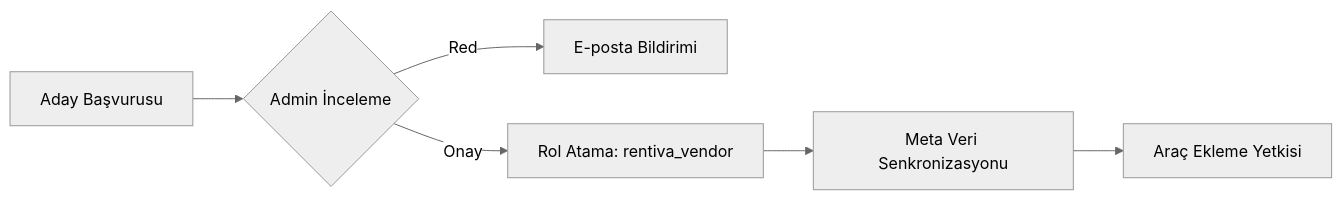
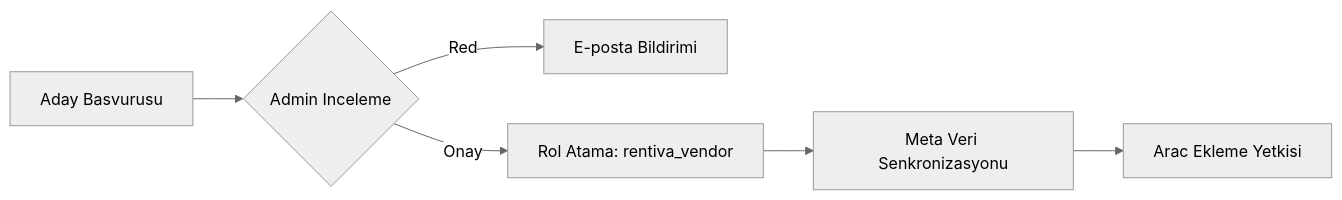
Before and after one commit to MaxHandMade/mhm-rentiva-docs: the diagram in docs/05-vendor/vendor-management.md, drawn with Mermaid (neutral theme). The commit also changed other lines of this file and 6 other files, not shown here.

````diff
--- a/docs/05-vendor/vendor-management.md
+++ b/docs/05-vendor/vendor-management.md
@@ -61,8 +74,8 @@
 ```mermaid
 graph LR
-    A[Aday Başvurusu] --> B{Admin İnceleme}
+    A[Aday Basvurusu] --> B{Admin Inceleme}
     B -- Red --> C[E-posta Bildirimi]
     B -- Onay --> D[Rol Atama: rentiva_vendor]
     D --> E[Meta Veri Senkronizasyonu]
-    E --> F[Araç Ekleme Yetkisi]
+    E --> F[Arac Ekleme Yetkisi]
 ```
````
